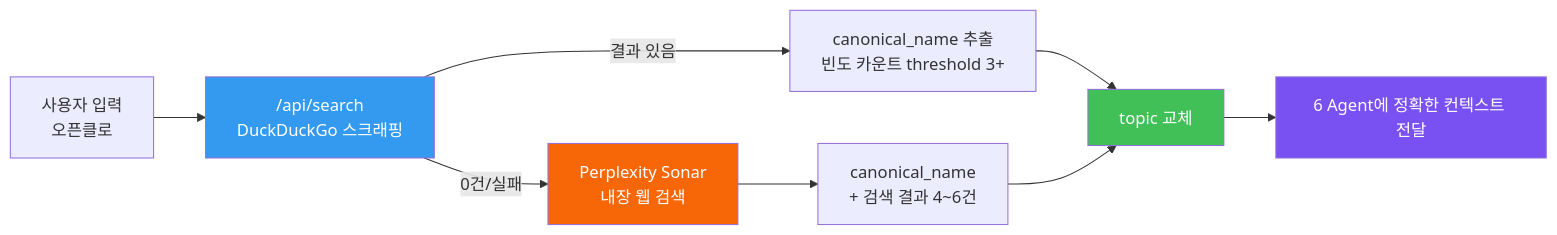
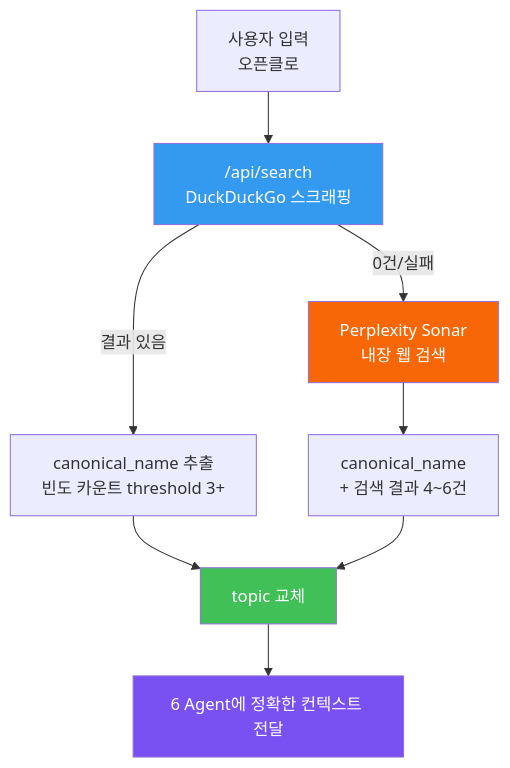
One commit to Technoetic/blog-generator changed the third of 11 diagrams in README.md. Above: the diagram before and after it, drawn with Mermaid. The commit also changed other lines of this file, not shown here.

First line of the commit message:
docs: Excalidraw 렌더링 + 웹 검색 2-tier mermaid 세로(TD)로 변경

````diff
--- a/README.md
+++ b/README.md
@@ -170,15 +170,15 @@
 ```mermaid
-flowchart LR
+flowchart TD
     U["사용자 입력<br/>오픈클로"] --> DG["/api/search<br/>DuckDuckGo 스크래핑"]
     DG -->|결과 있음| E["canonical_name 추출<br/>빈도 카운트 threshold 3+"]
     DG -->|0건/실패| SONAR["Perplexity Sonar<br/>내장 웹 검색"]
     SONAR --> E2["canonical_name<br/>+ 검색 결과 4~6건"]
     E --> T["topic 교체"]
     E2 --> T
     T --> LLM["6 Agent에 정확한 컨텍스트 전달"]
 
     style DG fill:#339af0,color:#fff
     style SONAR fill:#f76707,color:#fff
     style T fill:#40c057,color:#fff
     style LLM fill:#7950f2,color:#fff
 ```
````
